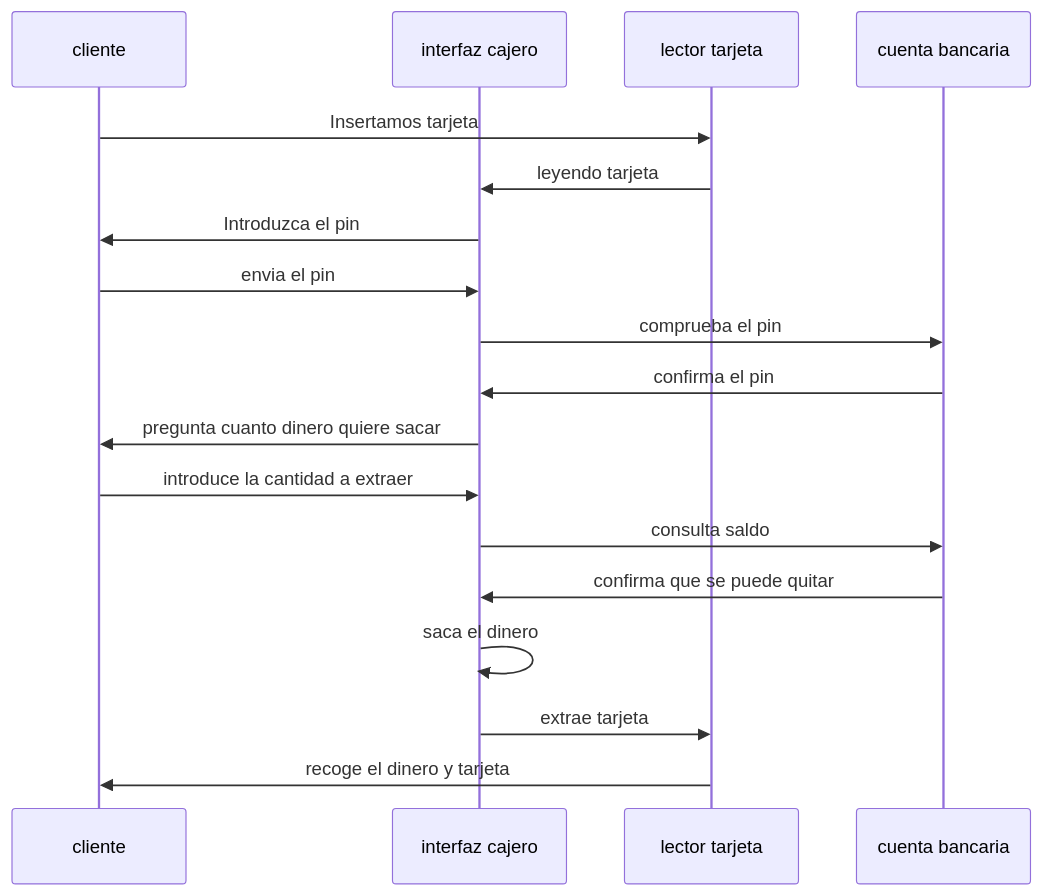
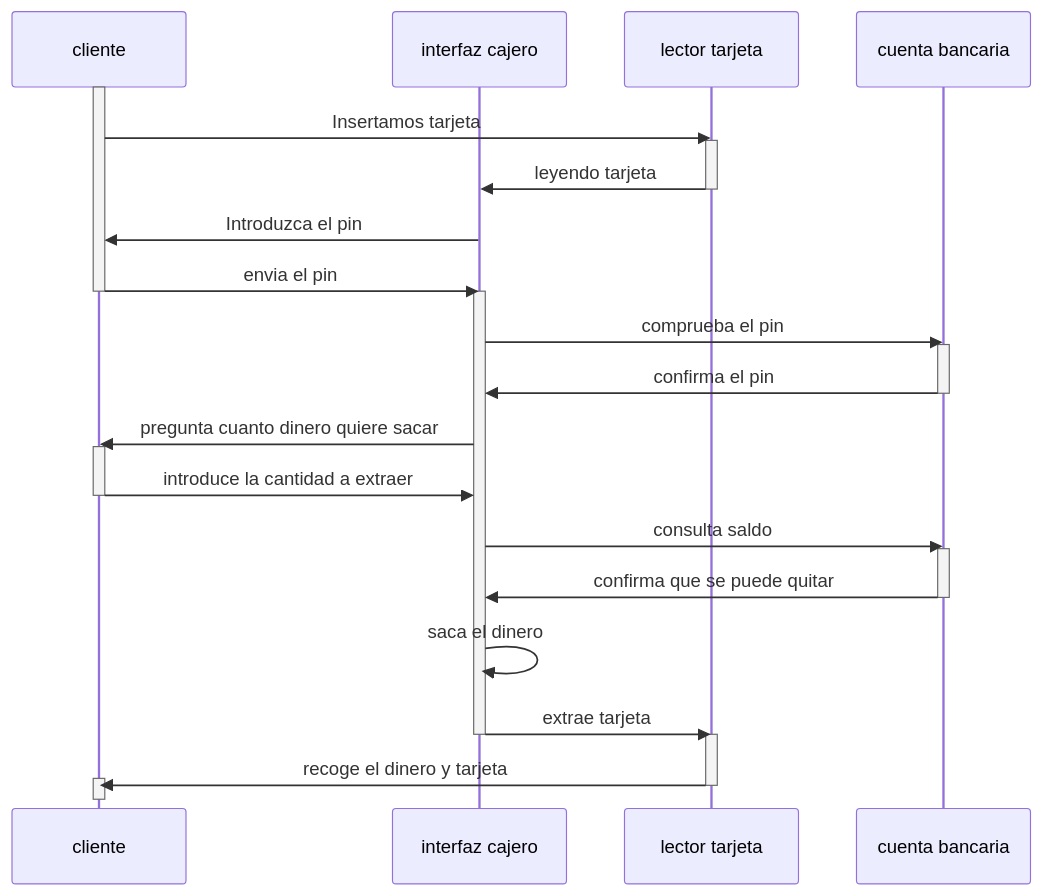
Before and after one commit to a19albertons/6.3_cd: the diagram in archivo.md, drawn with Mermaid.

Commit message:
Modificación mermaid con los deactivate/participaciones

````diff
--- a/archivo.md
+++ b/archivo.md
@@ -5,28 +5,45 @@
 ```mermaid
 sequenceDiagram
 participant cliente
 participant interfaz cajero
 participant lector tarjeta
 participant cuenta bancaria
 
 
 %% enchufar tarjeta
+activate cliente
 cliente ->> lector tarjeta: Insertamos tarjeta
+activate lector tarjeta
 lector tarjeta ->> interfaz cajero: leyendo tarjeta
+deactivate lector tarjeta
 interfaz cajero ->> cliente: Introduzca el pin
 cliente ->> interfaz cajero: envia el pin
+deactivate cliente
+activate interfaz cajero
 interfaz cajero ->> cuenta bancaria: comprueba el pin
+activate cuenta bancaria
 cuenta bancaria ->> interfaz cajero: confirma el pin
+deactivate cuenta bancaria
+
 
 
 %% realizar operaciones sobre tarjeta
 interfaz cajero ->> cliente: pregunta cuanto dinero quiere sacar
+activate cliente
 cliente ->> interfaz cajero: introduce la cantidad a extraer
+deactivate cliente
 interfaz cajero ->> cuenta bancaria: consulta saldo
+activate cuenta bancaria
 cuenta bancaria ->> interfaz cajero: confirma que se puede quitar
+deactivate cuenta bancaria
 interfaz cajero ->> interfaz cajero: saca el dinero
 
 %% pasos finales
 interfaz cajero ->> lector tarjeta: extrae tarjeta
+deactivate interfaz cajero
+activate lector tarjeta
 lector tarjeta ->> cliente: recoge el dinero y tarjeta
+deactivate lector tarjeta
+activate cliente
+deactivate cliente
 ```
````
